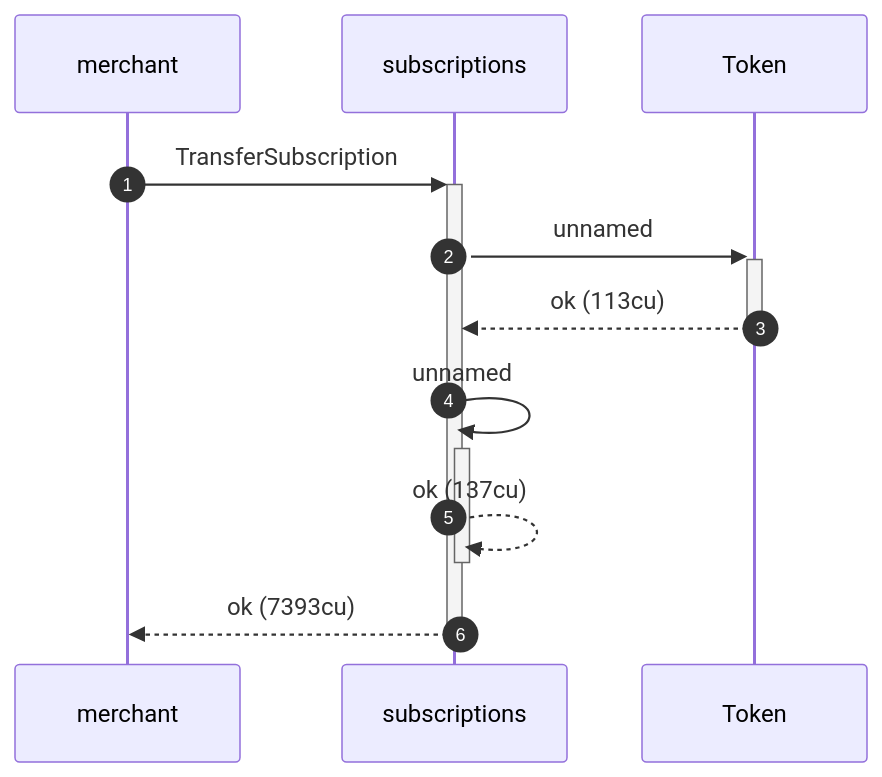
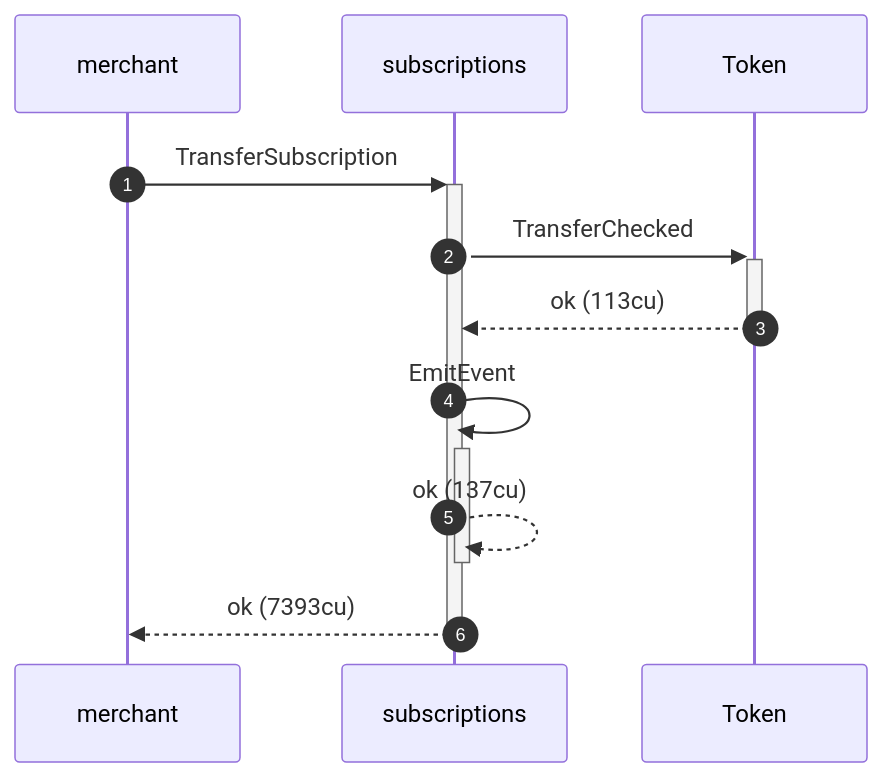
The tenth of 12 diagrams in dsl_tests/transfer-subscription--a-whitelisted-destination-is-allowed.md (cds-rs/subscriptions), drawn with Mermaid before and after one commit. The commit also changed other lines of this file and 219 other files, not shown here.

````diff
--- a/dsl_tests/transfer-subscription--a-whitelisted-destination-is-allowed.md
+++ b/dsl_tests/transfer-subscription--a-whitelisted-destination-is-allowed.md
@@ -189,13 +189,13 @@
 ```mermaid
 sequenceDiagram
     autonumber
     participant merchant
     participant subscriptions
     participant Token
     merchant ->>+ subscriptions: TransferSubscription
-    subscriptions ->>+ Token: unnamed
+    subscriptions ->>+ Token: TransferChecked
     Token -->>- subscriptions: ok (113cu)
-    subscriptions ->>+ subscriptions: unnamed
+    subscriptions ->>+ subscriptions: EmitEvent
     subscriptions -->>- subscriptions: ok (137cu)
     subscriptions -->>- merchant: ok (7393cu)
 ```
````
